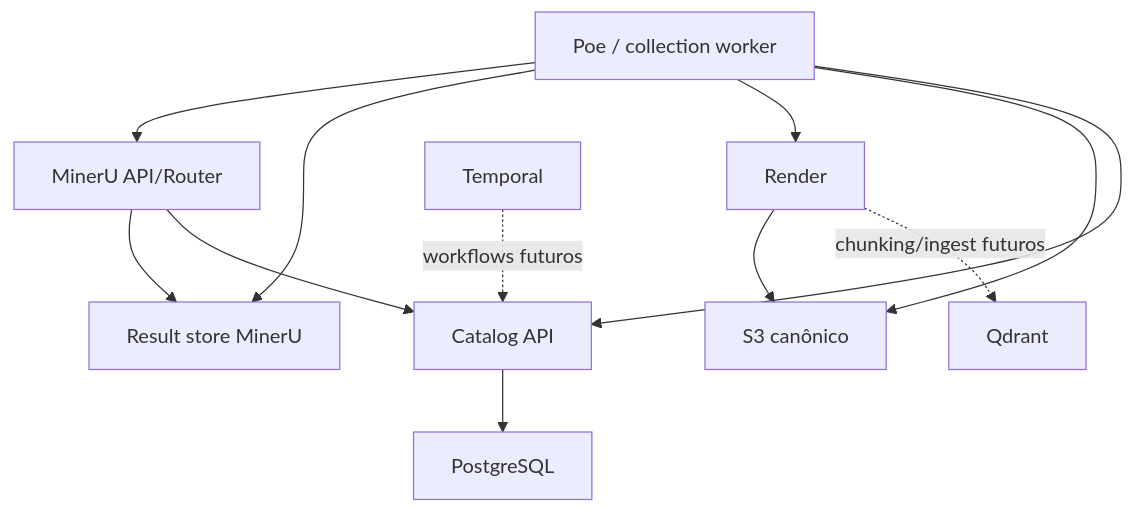
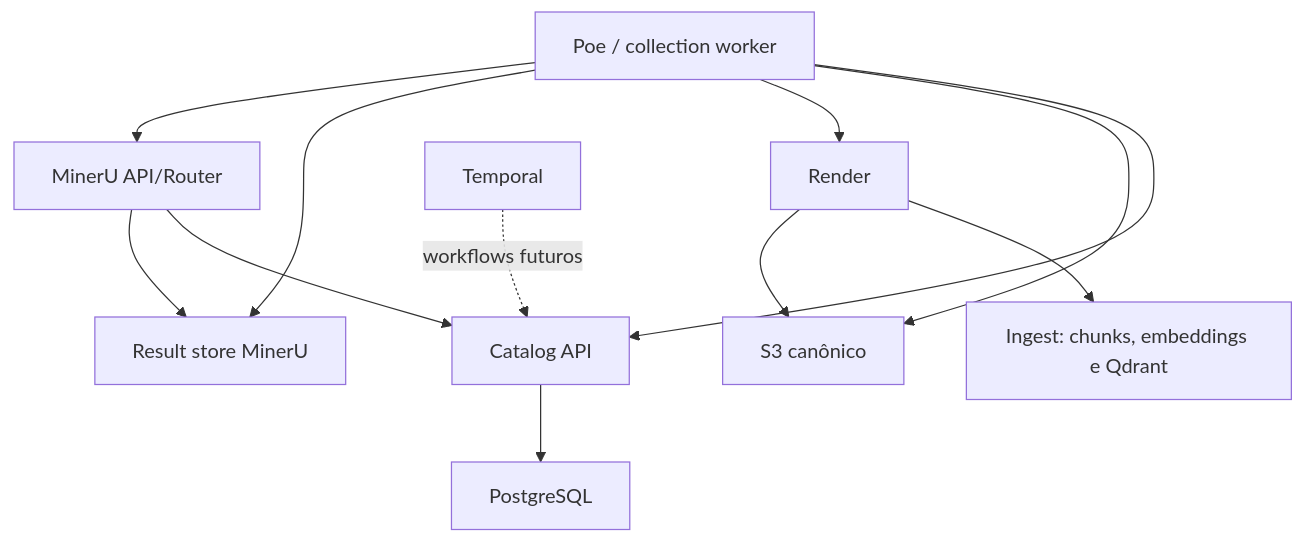
The third of 3 diagrams in docs/technical/architecture/overview.md (im-alexandre/baseia-extract), drawn with Mermaid before and after one commit. The commit also changed other lines of this file and 156 other files, not shown here.

````diff
--- a/docs/technical/architecture/overview.md
+++ b/docs/technical/architecture/overview.md
@@ -57,24 +57,24 @@
 ```mermaid
 flowchart TB
     CLI["Poe / collection worker"]
     GPU["MinerU API/Router"]
     RS3["Result store MinerU"]
     R["Render"]
     CS3["S3 canônico"]
     API["Catalog API"]
     PG["PostgreSQL"]
     T["Temporal"]
-    Q["Qdrant"]
+    Q["Ingest: chunks, embeddings e Qdrant"]
 
     CLI --> GPU
     GPU --> RS3
     CLI --> RS3
     CLI --> R
     R --> CS3
     CLI --> CS3
     CLI --> API
     API --> PG
     GPU --> API
+    R --> Q
     T -. "workflows futuros" .-> API
-    R -. "chunking/ingest futuros" .-> Q
 ```
````
